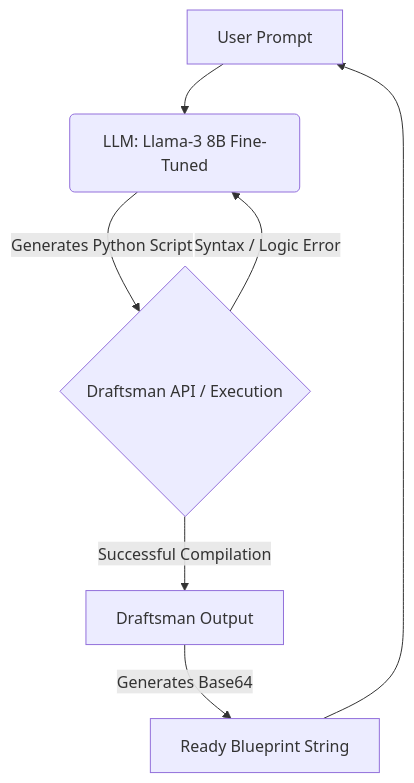
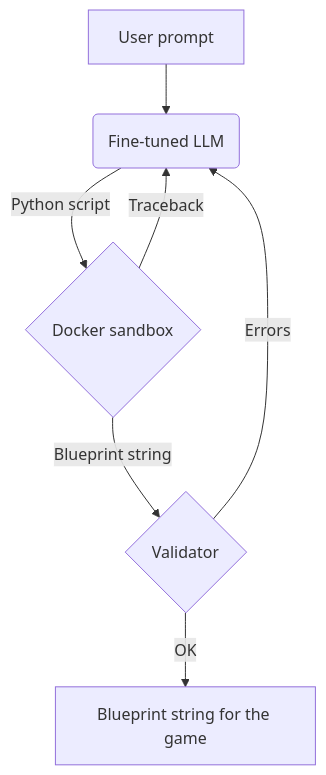
The diagram in README.md (CuteZerg/FactorioLLM), drawn with Mermaid before and after one commit. The commit also changed other lines of this file, not shown here.

Commit message:
docs: describe the current pipeline, templates, results and roadmap

````diff
--- a/README.md
+++ b/README.md
@@ -30,9 +35,9 @@
 ```mermaid
 graph TD;
-    A[User Prompt] --> B(LLM: Llama-3 8B Fine-Tuned);
-    B -->|Generates Python Script| C{Draftsman API / Execution};
-    C -->|Syntax / Logic Error| B;
-    C -->|Successful Compilation| D[Draftsman Output];
-    D -->|Generates Base64| E[Ready Blueprint String];
-    E --> A;
+    A[User prompt] --> B(Fine-tuned LLM);
+    B -->|Python script| C{Docker sandbox};
+    C -->|Traceback| B;
+    C -->|Blueprint string| D{Validator};
+    D -->|Errors| B;
+    D -->|OK| E[Blueprint string for the game];
 ```
````
